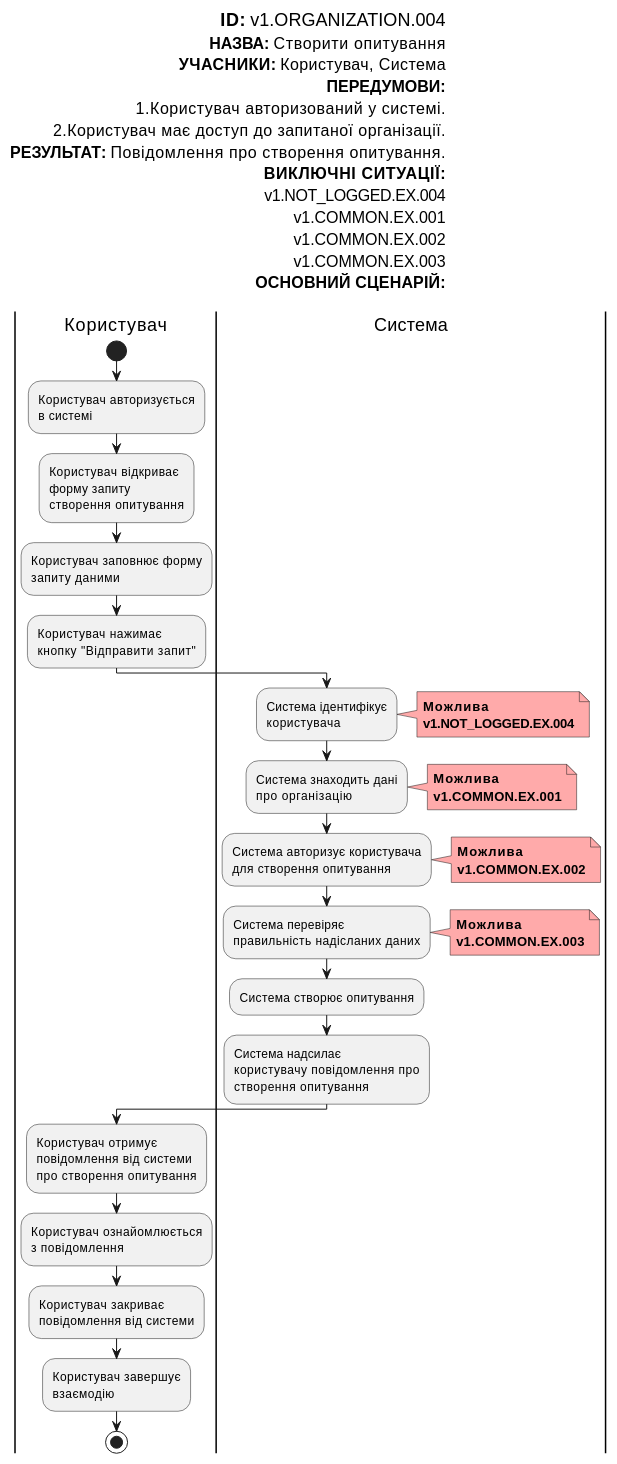
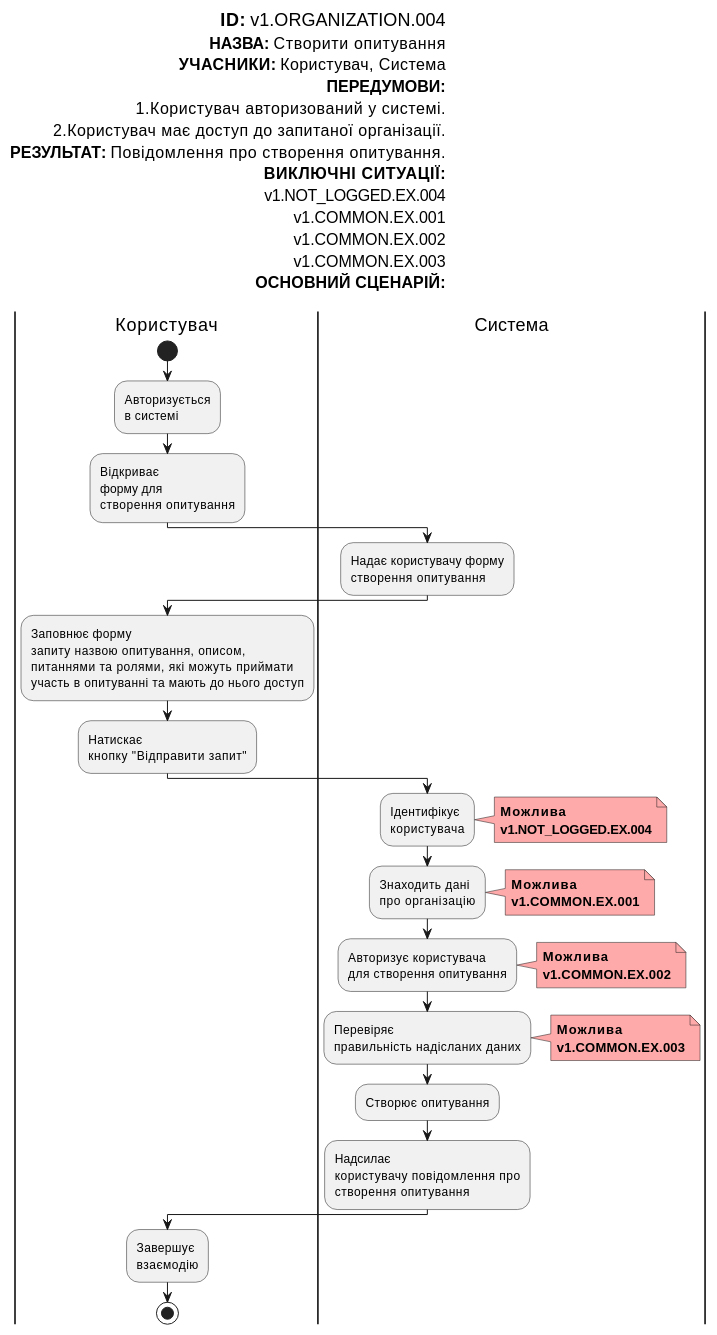
Diagram 13 of 22 in docs/use cases/README.md (danilbezus/survey-expert), drawn with PlantUML before and after one commit. The commit also changed other lines of this file, not shown here.

```diff
--- a/docs/use cases/README.md
+++ b/docs/use cases/README.md
@@ -507,72 +607,68 @@
         <font color=000 size=16>v1.COMMON.EX.003
         <font color=000 size=16><b>ОСНОВНИЙ СЦЕНАРІЙ:</b>
 
-  end header
-
-  |Користувач|
-  start
-  :Користувач авторизується
-  в системі;
-
-        :Користувач відкриває
-        форму запиту
-        створення опитування;
-
-        :Користувач заповнює форму
-        запиту даними;
-
-        :Користувач нажимає
-        кнопку "Відправити запит";
-
-  |Система|
-  :Система ідентифікує
-  користувача;
-  note right #ffaaaa
-  <b>Можлива</b>
-  <b>v1.NOT_LOGGED.EX.004</b>
-  end note
-
-        :Система знаходить дані
-        про організацію;
-        note right #ffaaaa
-        <b>Можлива</b>
-        <b>v1.COMMON.EX.001</b>
-        end note
-
-        :Система авторизує користувача
-        для створення опитування;
-        note right #ffaaaa
-        <b>Можлива</b>
-        <b>v1.COMMON.EX.002</b>
-        end note
-
-        :Система перевіряє
-        правильність надісланих даних;
-        note right #ffaaaa
-        <b>Можлива</b>
-        <b>v1.COMMON.EX.003</b>
-        end note
-
-        :Система створює опитування;
-
-        :Система надсилає
-        користувачу повідомлення про
-        створення опитування;
-
-  |Користувач|
-  :Користувач отримує
-  повідомлення від системи
-  про створення опитування;
-
-        :Користувач ознайомлюється
-        з повідомлення;
-
-        :Користувач закриває
-        повідомлення від системи;
-
-        :Користувач завершує
-        взаємодію;
-
-  stop;
-
+      end header
+    
+      |Користувач|
+          start
+          :Авторизується
+          в системі;
+    
+          :Відкриває
+          форму для
+          створення опитування;
+      |Система|
+          :Надає користувачу форму
+          створення опитування;
+            
+      |Користувач|            
+          :Заповнює форму
+          запиту назвою опитування, описом,
+          питаннями та ролями, які можуть приймати
+          участь в опитуванні та мають до нього доступ;
+  
+          :Натискає
+          кнопку "Відправити запит";
+    
+      |Система|
+          :Ідентифікує
+          користувача;
+          note right #ffaaaa
+          <b>Можлива</b>
+          <b>v1.NOT_LOGGED.EX.004</b>
+          end note
+    
+          :Знаходить дані
+          про організацію;
+          note right #ffaaaa
+          <b>Можлива</b>
+          <b>v1.COMMON.EX.001</b>
+          end note
+  
+          :Авторизує користувача
+          для створення опитування;
+          note right #ffaaaa
+          <b>Можлива</b>
+          <b>v1.COMMON.EX.002</b>
+          end note
+  
+          :Перевіряє
+          правильність надісланих даних;
+          note right #ffaaaa
+          <b>Можлива</b>
+          <b>v1.COMMON.EX.003</b>
+          end note
+  
+          :Створює опитування;
+  
+          :Надсилає
+          користувачу повідомлення про
+          створення опитування;
+    
+      |Користувач|
+          :Завершує
+          взаємодію;
+  
+          stop;
+    
   @enduml
```
